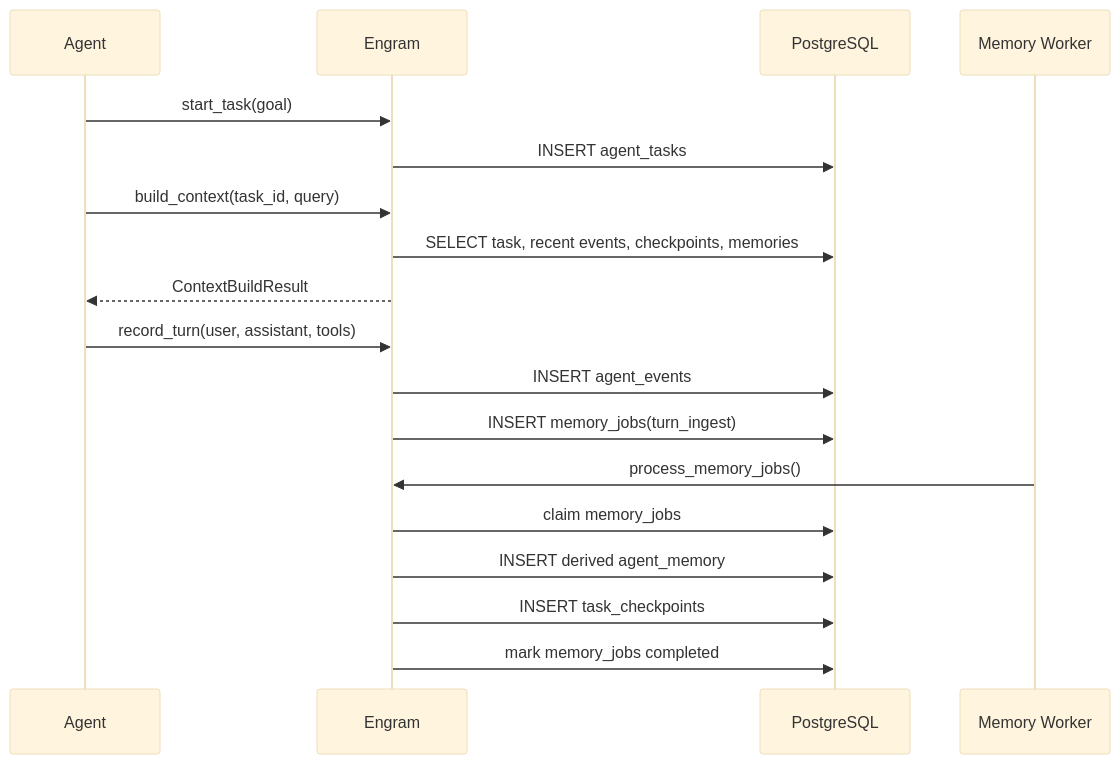
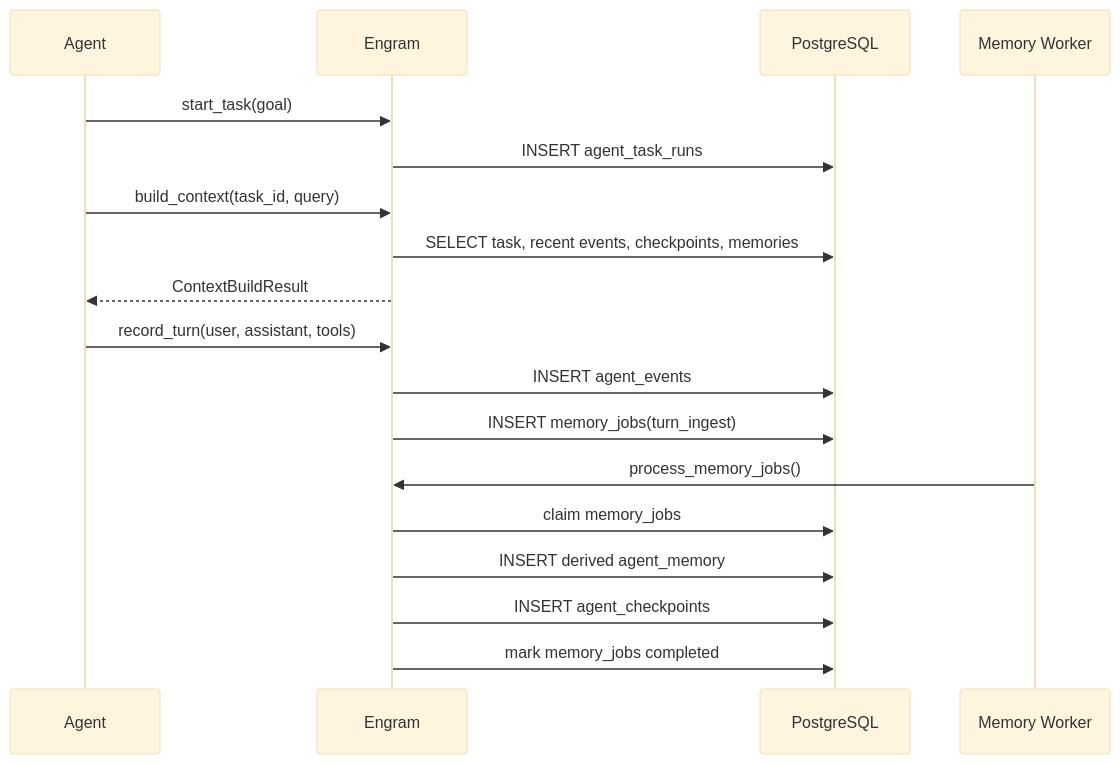
The fourth of 7 diagrams in docs/diagram.md (ahammadnafiz/engram), drawn with Mermaid (base theme) before and after one commit. The commit also changed other lines of this file and 11 other files, not shown here.

Commit message:
Fix memory type schema constraint

````diff
--- a/docs/diagram.md
+++ b/docs/diagram.md
@@ -73,21 +73,21 @@
 ```mermaid
 sequenceDiagram
     participant A as Agent
     participant E as Engram
     participant DB as PostgreSQL
     participant W as Memory Worker
 
     A->>E: start_task(goal)
-    E->>DB: INSERT agent_tasks
+    E->>DB: INSERT agent_task_runs
     A->>E: build_context(task_id, query)
     E->>DB: SELECT task, recent events, checkpoints, memories
     E-->>A: ContextBuildResult
     A->>E: record_turn(user, assistant, tools)
     E->>DB: INSERT agent_events
     E->>DB: INSERT memory_jobs(turn_ingest)
     W->>E: process_memory_jobs()
     E->>DB: claim memory_jobs
     E->>DB: INSERT derived agent_memory
-    E->>DB: INSERT task_checkpoints
+    E->>DB: INSERT agent_checkpoints
     E->>DB: mark memory_jobs completed
 ```
````
